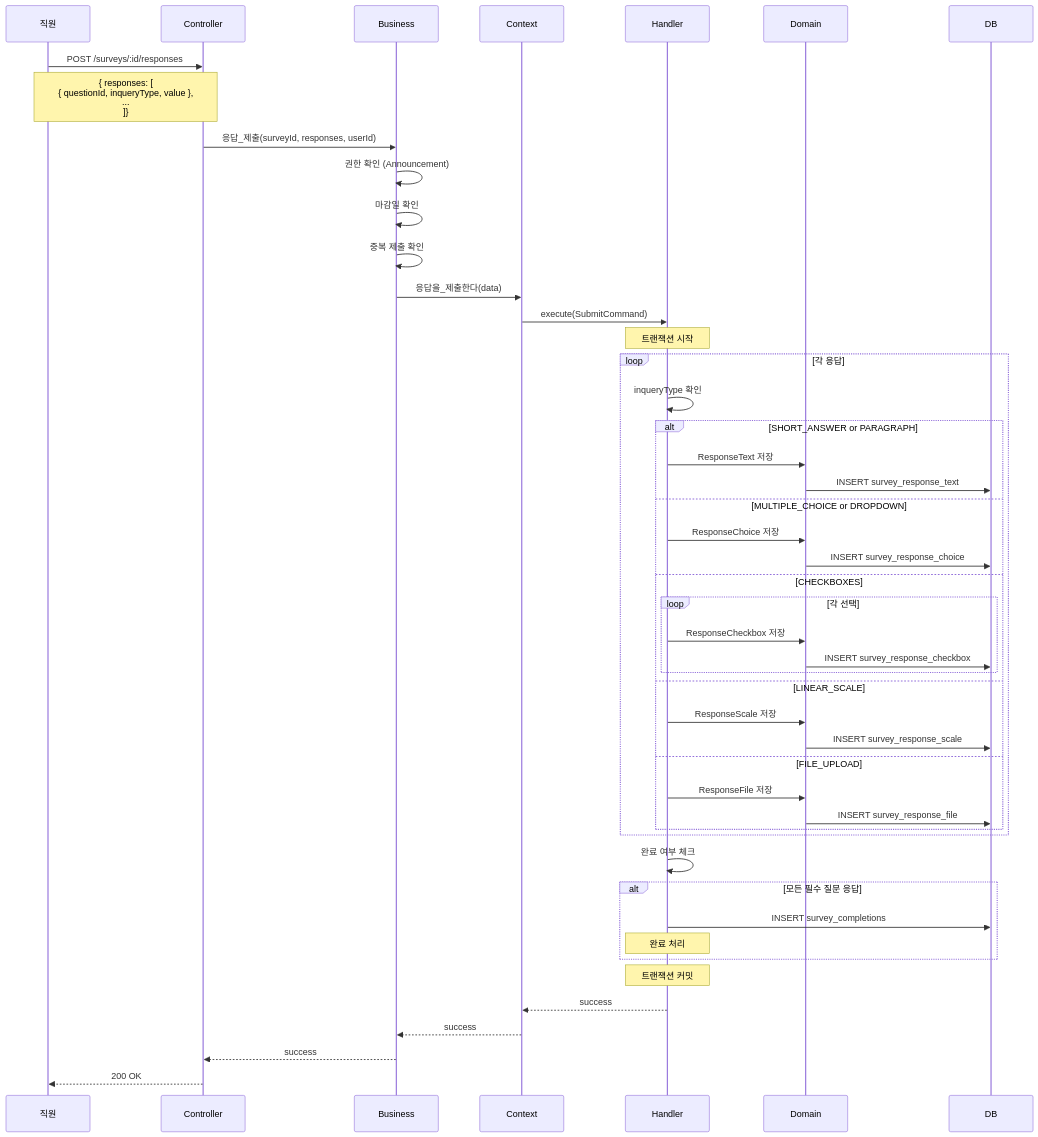
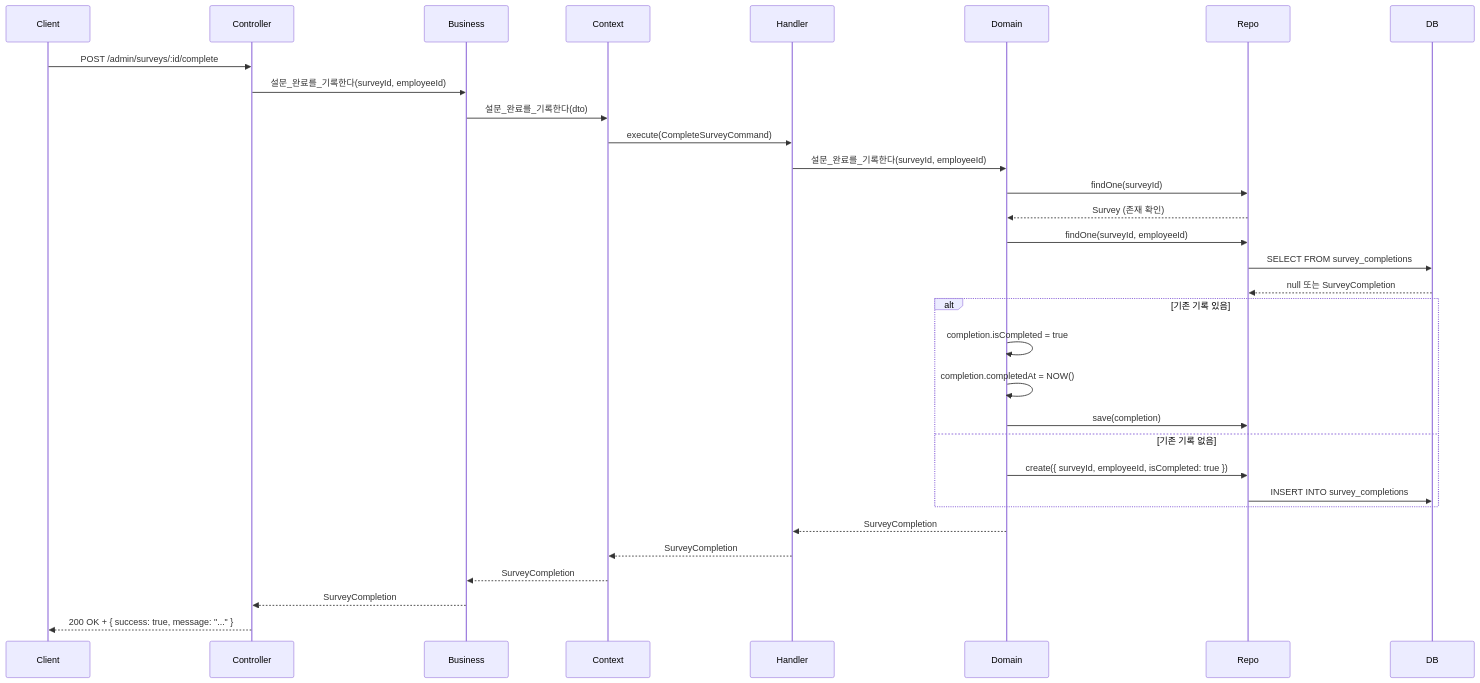
One commit to GTD-web/Back_ContentsManagementSystem changed the fifth of 8 diagrams in docs/state-flow/context-flows/survey-context-flow.md. Above: the diagram before and after it, drawn with Mermaid. The commit also changed other lines of this file and 37 other files, not shown here.

````diff
--- a/docs/state-flow/context-flows/survey-context-flow.md
+++ b/docs/state-flow/context-flows/survey-context-flow.md
@@ -396,60 +506,40 @@
 ```mermaid
 sequenceDiagram
-    participant User as 직원
+    participant Client
     participant Controller
     participant Business
     participant Context
     participant Handler
     participant Domain
+    participant Repo
     participant DB
 
-    User->>Controller: POST /surveys/:id/responses
-    Note over User,Controller: { responses: [<br/>  { questionId, inqueryType, value },<br/>  ...<br/>]}
+    Client->>Controller: POST /admin/surveys/:id/complete
+    Controller->>Business: 설문_완료를_기록한다(surveyId, employeeId)
+    Business->>Context: 설문_완료를_기록한다(dto)
+    Context->>Handler: execute(CompleteSurveyCommand)
     
-    Controller->>Business: 응답_제출(surveyId, responses, userId)
+    Handler->>Domain: 설문_완료를_기록한다(surveyId, employeeId)
     
-    Business->>Business: 권한 확인 (Announcement)
-    Business->>Business: 마감일 확인
-    Business->>Business: 중복 제출 확인
+    Domain->>Repo: findOne(surveyId)
+    Repo-->>Domain: Survey (존재 확인)
     
-    Business->>Context: 응답을_제출한다(data)
-    Context->>Handler: execute(SubmitCommand)
+    Domain->>Repo: findOne(surveyId, employeeId)
+    Repo->>DB: SELECT FROM survey_completions
+    DB-->>Repo: null 또는 SurveyCompletion
     
-    Note over Handler: 트랜잭션 시작
-    
-    loop 각 응답
-        Handler->>Handler: inqueryType 확인
-        
-        alt SHORT_ANSWER or PARAGRAPH
-            Handler->>Domain: ResponseText 저장
-            Domain->>DB: INSERT survey_response_text
-        else MULTIPLE_CHOICE or DROPDOWN
-            Handler->>Domain: ResponseChoice 저장
-            Domain->>DB: INSERT survey_response_choice
-        else CHECKBOXES
-            loop 각 선택
-                Handler->>Domain: ResponseCheckbox 저장
-                Domain->>DB: INSERT survey_response_checkbox
-            end
-        else LINEAR_SCALE
-            Handler->>Domain: ResponseScale 저장
-            Domain->>DB: INSERT survey_response_scale
-        else FILE_UPLOAD
-            Handler->>Domain: ResponseFile 저장
-            Domain->>DB: INSERT survey_response_file
-        end
+    alt 기존 기록 있음
+        Domain->>Domain: completion.isCompleted = true
+        Domain->>Domain: completion.completedAt = NOW()
+        Domain->>Repo: save(completion)
+    else 기존 기록 없음
+        Domain->>Repo: create({ surveyId, employeeId, isCompleted: true })
+        Repo->>DB: INSERT INTO survey_completions
     end
     
-    Handler->>Handler: 완료 여부 체크
-    alt 모든 필수 질문 응답
-        Handler->>DB: INSERT survey_completions
-        Note over Handler: 완료 처리
-    end
-    
-    Note over Handler: 트랜잭션 커밋
-    
-    Handler-->>Context: success
-    Context-->>Business: success
-    Business-->>Controller: success
-    Controller-->>User: 200 OK
+    Domain-->>Handler: SurveyCompletion
+    Handler-->>Context: SurveyCompletion
+    Context-->>Business: SurveyCompletion
+    Business-->>Controller: SurveyCompletion
+    Controller-->>Client: 200 OK + { success: true, message: "..." }
 ```
````
